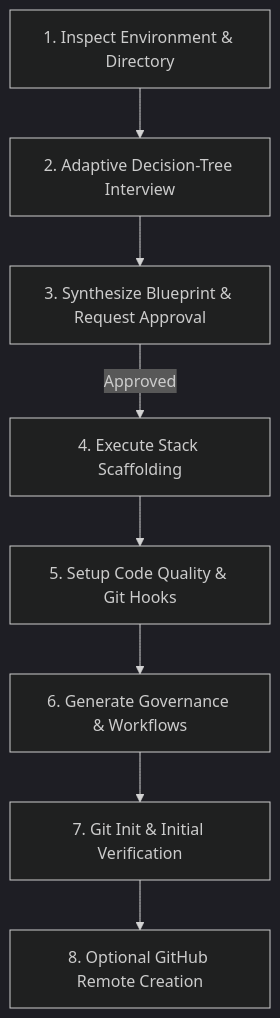
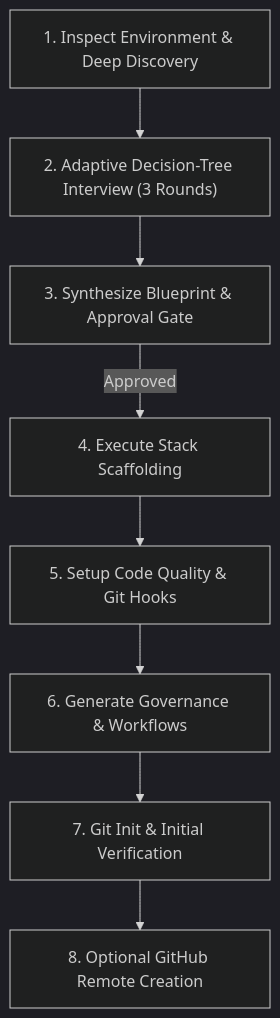
Before and after one commit to Acrazie/skills: the diagram in skills/github-repo-init-acrazie/SKILL.md, drawn with Mermaid (dark theme). The commit also changed other lines of this file and 1 other file, not shown here.

Commit message:
feat(github-repo-init): deep exploration and adaptive 3-round interview (#14)

````diff
--- a/skills/github-repo-init-acrazie/SKILL.md
+++ b/skills/github-repo-init-acrazie/SKILL.md
@@ -27,10 +28,10 @@
 ```mermaid
 flowchart TD
-  A["1. Inspect Environment & Directory"] --> B["2. Adaptive Decision-Tree Interview"]
-  B --> C["3. Synthesize Blueprint & Request Approval"]
+  A["1. Inspect Environment & Deep Discovery"] --> B["2. Adaptive Decision-Tree Interview (3 Rounds)"]
+  B --> C["3. Synthesize Blueprint & Approval Gate"]
   C -->|Approved| D["4. Execute Stack Scaffolding"]
   D --> E["5. Setup Code Quality & Git Hooks"]
   E --> F["6. Generate Governance & Workflows"]
   F --> G["7. Git Init & Initial Verification"]
   G --> H["8. Optional GitHub Remote Creation"]
 ```
````
